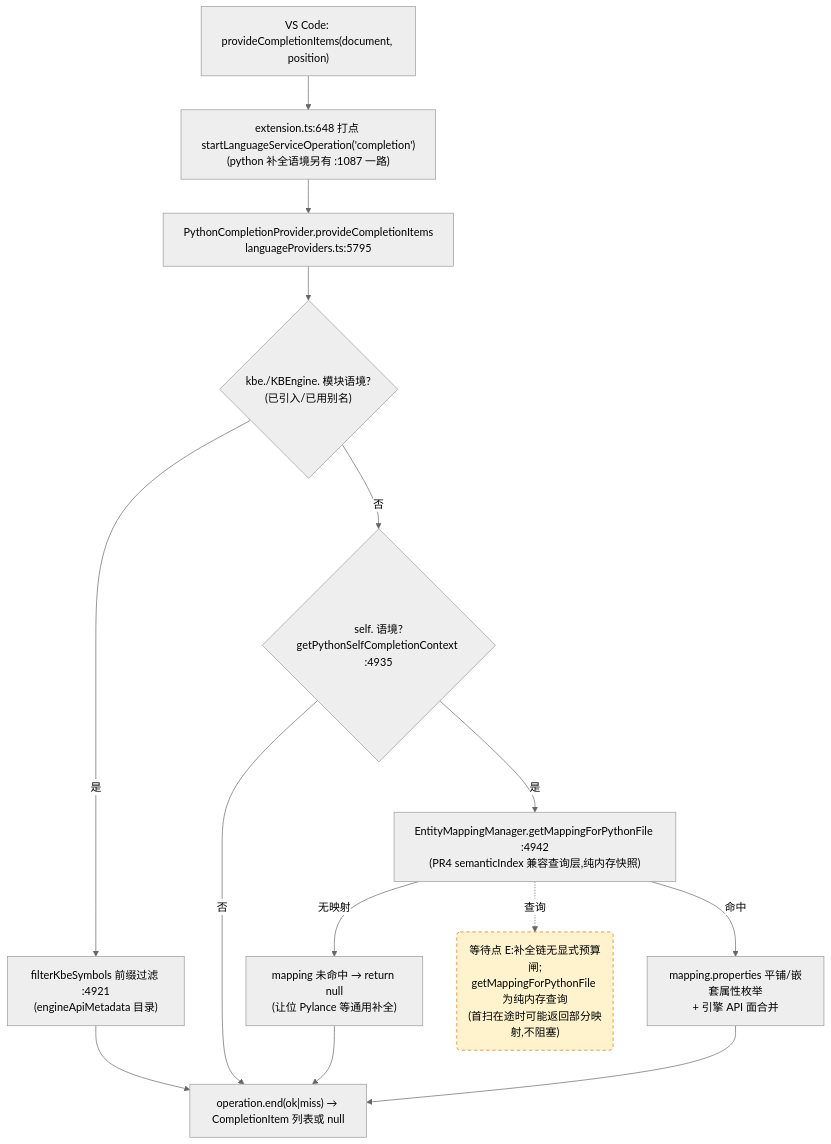
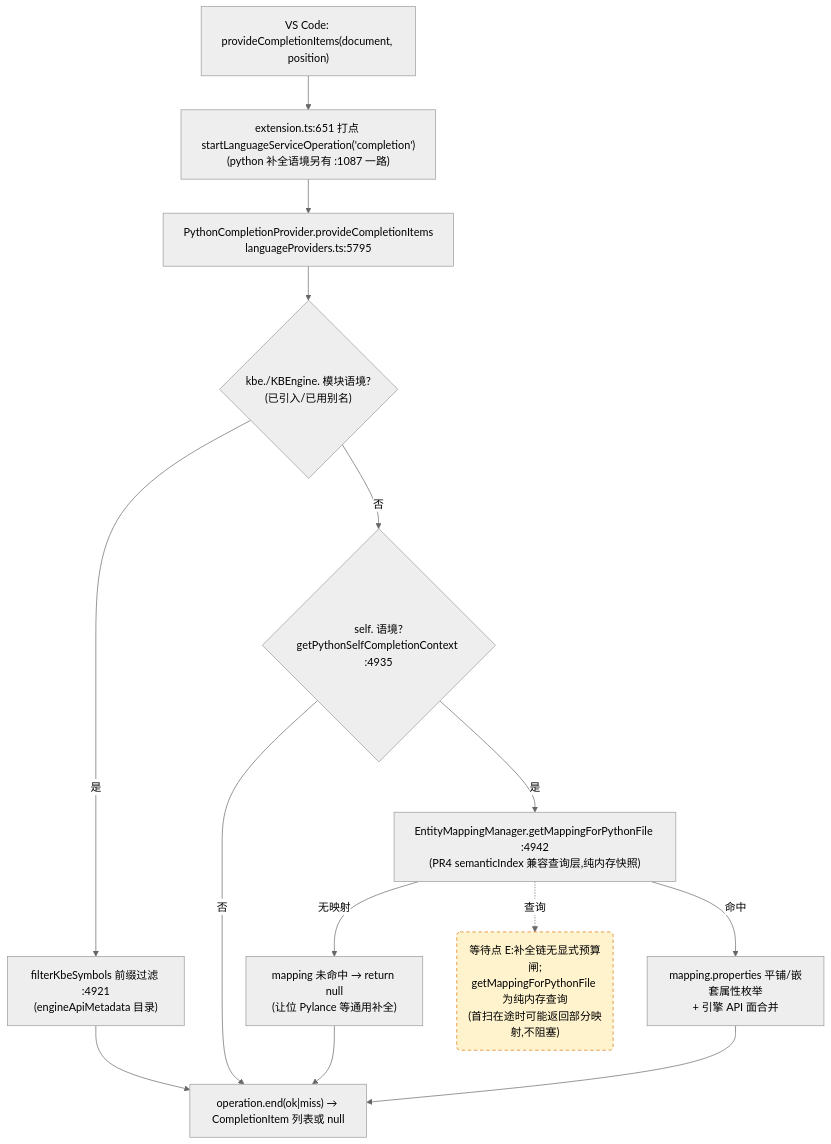
Before and after one commit to cuihairu/kode: the third of 4 diagrams in docs/perf/2026-baseline.md, drawn with Mermaid (neutral theme). The commit also changed other lines of this file and 10 other files, not shown here.

````diff
--- a/docs/perf/2026-baseline.md
+++ b/docs/perf/2026-baseline.md
@@ -184,27 +184,27 @@
 ```mermaid
 flowchart TD
   VC3["VS Code: provideCompletionItems(document, position)"]
-  M3["extension.ts:648 打点 startLanguageServiceOperation('completion')<br/>(python 补全语境另有 :1087 一路)"]
+  M3["extension.ts:651 打点 startLanguageServiceOperation('completion')<br/>(python 补全语境另有 :1087 一路)"]
   CP["PythonCompletionProvider.provideCompletionItems<br/>languageProviders.ts:5795"]
   KBEC{"kbe./KBEngine. 模块语境?<br/>(已引入/已用别名)"}
   FILTER["filterKbeSymbols 前缀过滤 :4921<br/>(engineApiMetadata 目录)"]
   SELFC{"self. 语境?<br/>getPythonSelfCompletionContext :4935"}
   MAP["EntityMappingManager.getMappingForPythonFile :4942<br/>(PR4 semanticIndex 兼容查询层,纯内存快照)"]
   NOMAP["mapping 未命中 → return null<br/>(让位 Pylance 等通用补全)"]
   PROPS["mapping.properties 平铺/嵌套属性枚举<br/>+ 引擎 API 面合并"]
   END3["operation.end(ok|miss) → CompletionItem 列表或 null"]
 
   VC3 --> M3 --> CP --> KBEC
   KBEC -- "是" --> FILTER --> END3
   KBEC -- "否" --> SELFC
   SELFC -- "否" --> END3
   SELFC -- "是" --> MAP
   MAP -- "无映射" --> NOMAP --> END3
   MAP -- "命中" --> PROPS --> END3
 
   WAITE("等待点 E:补全链无显式预算闸;<br/>getMappingForPythonFile 为纯内存查询<br/>(首扫在途时可能返回部分映射,不阻塞)")
   MAP -.->|查询| WAITE
 
   classDef waitPoint fill:#fff3cd,stroke:#d97706,stroke-dasharray:5 4;
   class WAITE waitPoint;
 ```
````
